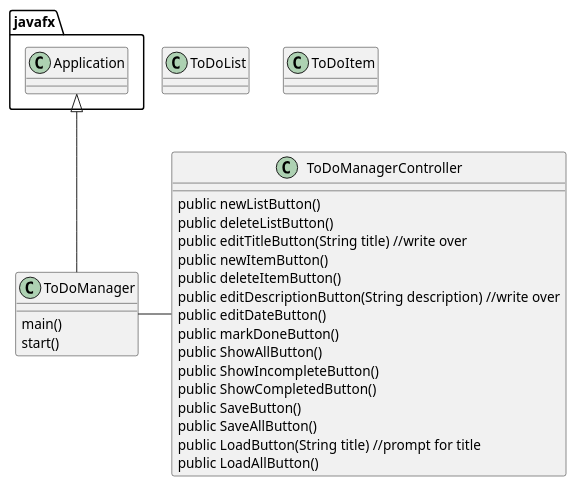
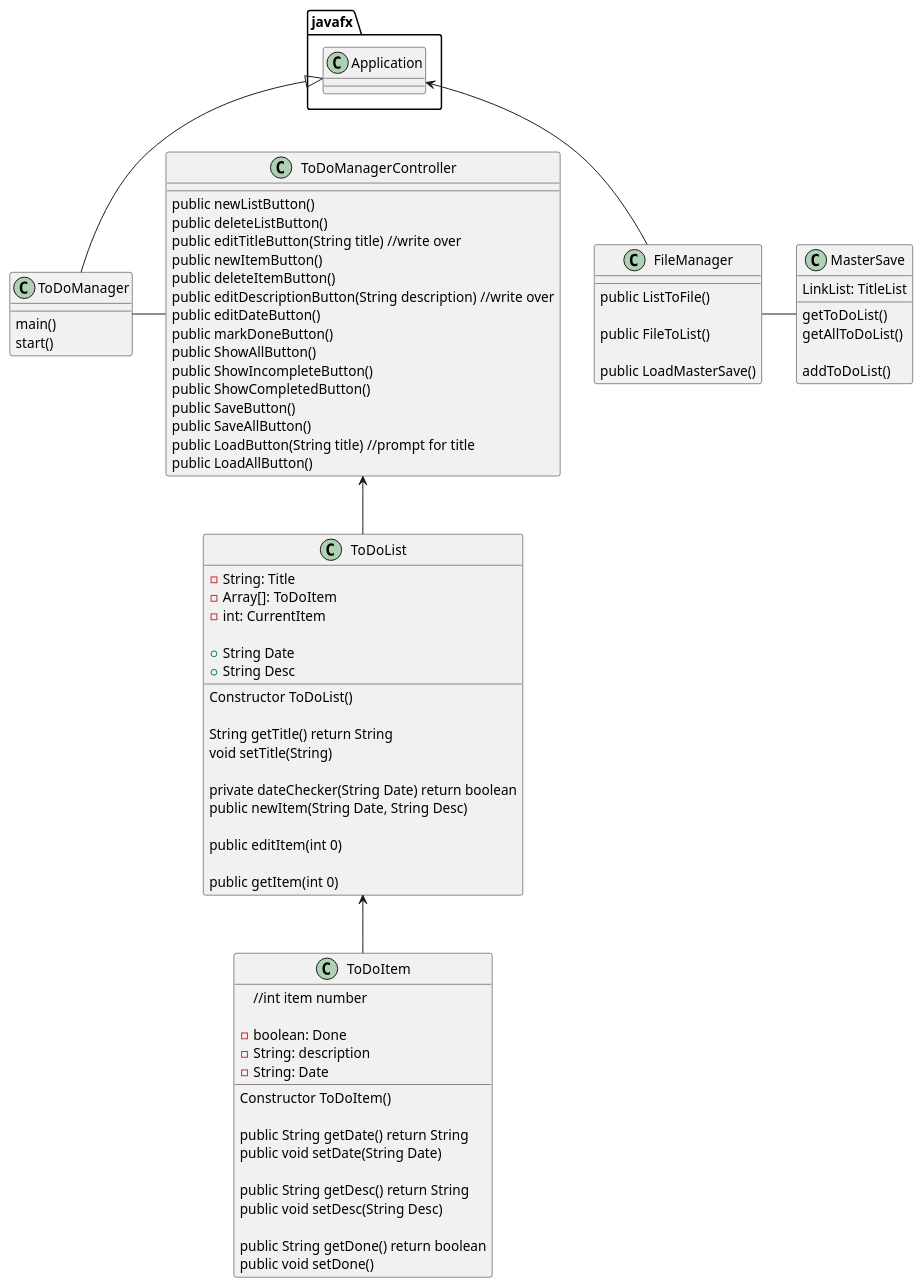
One commit to Chabs64/higgins-cop3330-assignment4 changed the diagram in UML/main.puml. Above: the diagram before and after it, drawn with PlantUML. The commit also changed 7 other files, not shown here.

```diff
--- a/UML/main.puml
+++ b/UML/main.puml
@@ -1,45 +1,105 @@
 @startuml
 'https://plantuml.com/sequence-diagram
 
 class ToDoManager
 {
     main()
     start()
 }
 
 javafx.Application <|-- ToDoManager
 
 class ToDoManagerController
 {
     public newListButton()
     public deleteListButton()
     public editTitleButton(String title) //write over
     public newItemButton()
     public deleteItemButton()
     public editDescriptionButton(String description) //write over
     public editDateButton()
     public markDoneButton()
     public ShowAllButton()
     public ShowIncompleteButton()
     public ShowCompletedButton()
     public SaveButton()
     public SaveAllButton()
     public LoadButton(String title) //prompt for title
     public LoadAllButton()
+
+
+
 }
 
 ToDoManager - ToDoManagerController
+ToDoManagerController <-- ToDoList
 
 class ToDoList
 {
+    - String: Title
+    - Array[]: ToDoItem
+    - int: CurrentItem
 
+    + String Date
+    + String Desc
+
+    Constructor ToDoList()
+
+    String getTitle() return String
+    void setTitle(String)
+
+    private dateChecker(String Date) return boolean
+    public newItem(String Date, String Desc)
+
+    public editItem(int 0)
+
+    public getItem(int 0)
 }
 
 class ToDoItem
 {
+    //int item number
+
+    - boolean: Done
+    - String: description
+    - String: Date
+
+    Constructor ToDoItem()
+
+    public String getDate() return String
+    public void setDate(String Date)
+
+    public String getDesc() return String
+    public void setDesc(String Desc)
+
+    public String getDone() return boolean
+    public void setDone()
+}
+
+ToDoList <-- ToDoItem
+
+class FileManager
+{
+
+    public ListToFile()
+
+    public FileToList()
+
+    public LoadMasterSave()
 
 }
 
+class MasterSave
+{
+    LinkList: TitleList
 
+    getToDoList()
+    getAllToDoList()
+
+    addToDoList()
+}
+
+FileManager - MasterSave
+javafx.Application <-- FileManager
 
 @enduml
```
